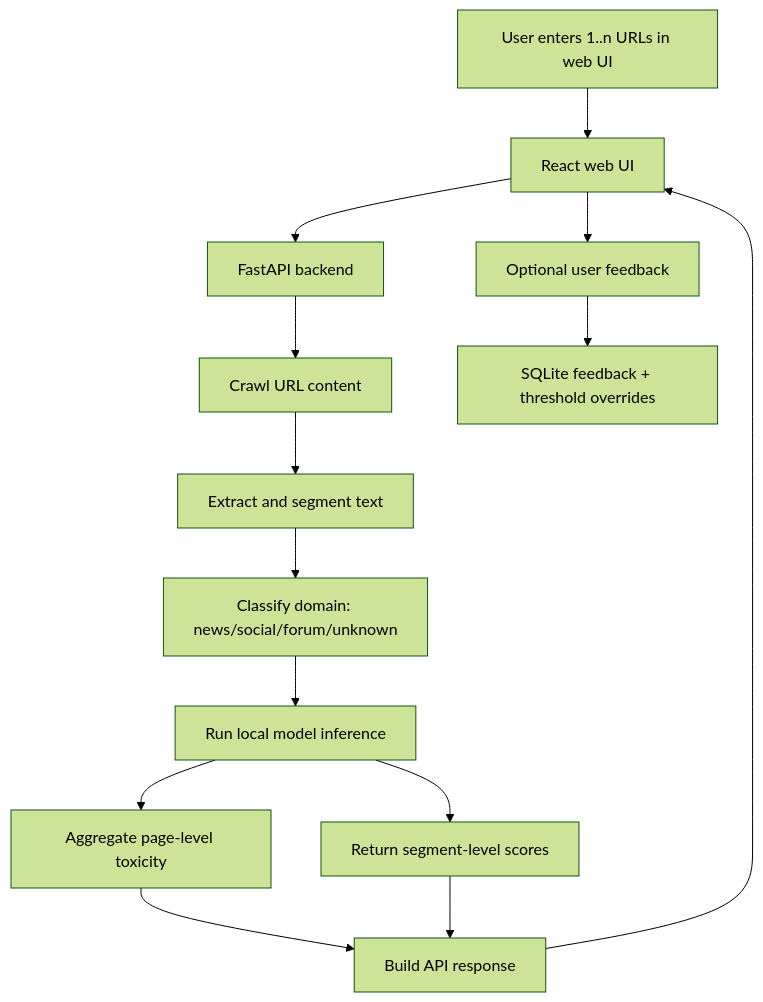
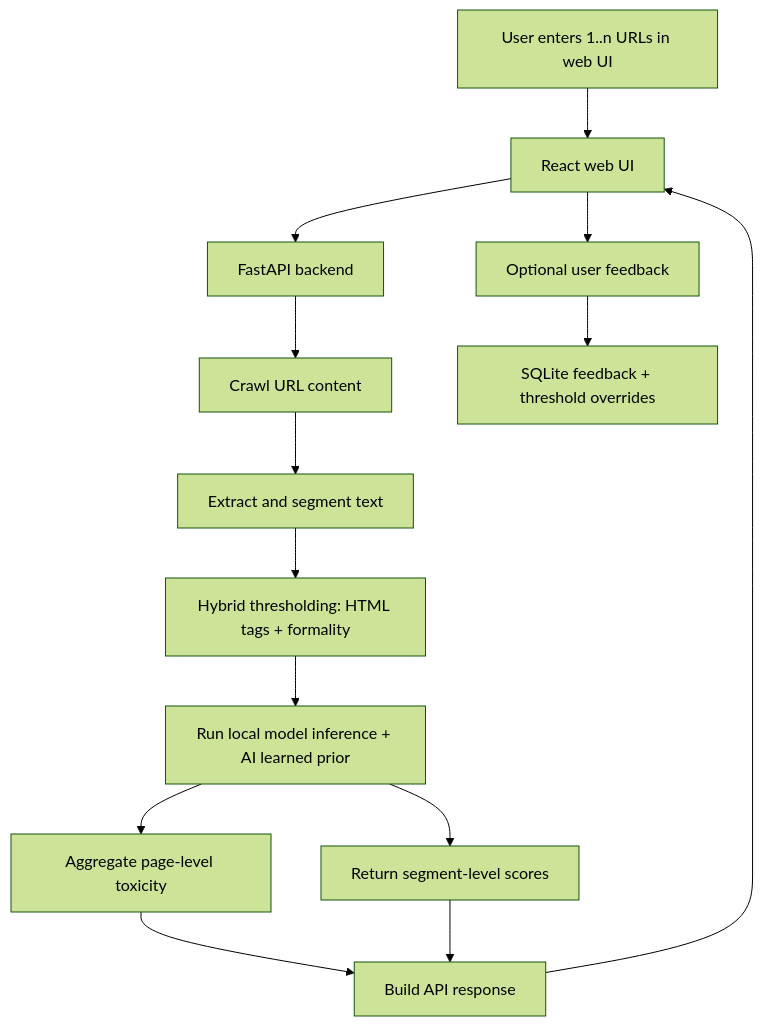
The diagram in README.md (kaymid1/vietnamese_toxic_comment_detection_using_PhoBERT), drawn with Mermaid (forest theme) before and after one commit. The commit also changed other lines of this file and 14 other files, not shown here.

````diff
--- a/README.md
+++ b/README.md
@@ -32,16 +32,16 @@
 ```mermaid
 flowchart TD
     U[User enters 1..n URLs in web UI] --> FE[React web UI]
     FE --> API[FastAPI backend]
     API --> CRAWL[Crawl URL content]
     CRAWL --> SEG[Extract and segment text]
-    SEG --> DOMAIN[Classify domain: news/social/forum/unknown]
-    DOMAIN --> INF[Run local model inference]
+    SEG --> DOMAIN[Hybrid thresholding: HTML tags + formality]
+    DOMAIN --> INF[Run local model inference + AI learned prior]
     INF --> PAGE[Aggregate page-level toxicity]
     INF --> SEGRES[Return segment-level scores]
     PAGE --> APIRES[Build API response]
     SEGRES --> APIRES
     APIRES --> FE
     FE --> FB[Optional user feedback]
     FB --> SQLITE[SQLite feedback + threshold overrides]
 ```
````
